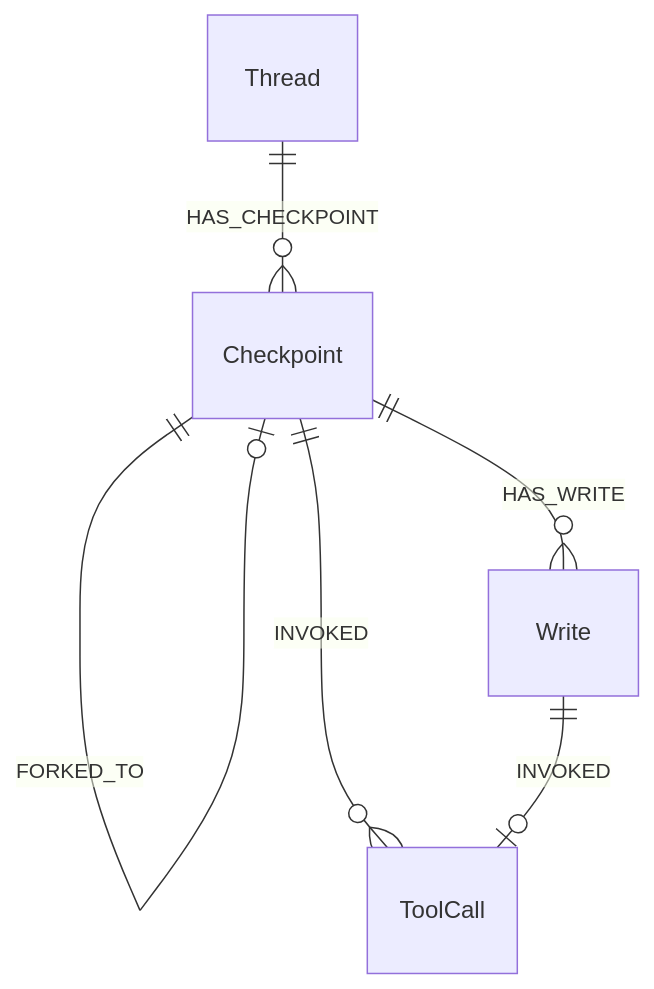
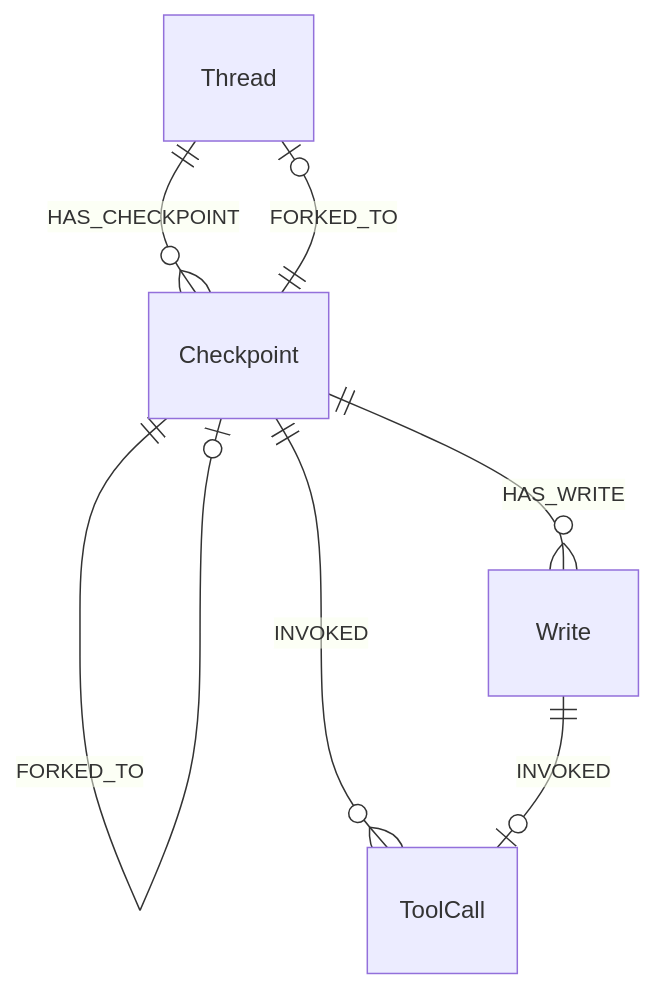
The second of 2 diagrams in docs/ARCHITECTURE.md (jegadeesh17/RelateGraphSaver), drawn with Mermaid before and after one commit. The commit also changed other lines of this file and 43 other files, not shown here.

````diff
--- a/docs/ARCHITECTURE.md
+++ b/docs/ARCHITECTURE.md
@@ -114,9 +113,10 @@
 ```mermaid
 erDiagram
     Thread ||--o{ Checkpoint : "HAS_CHECKPOINT"
     Checkpoint ||--o| Checkpoint : "NEXT"
     Checkpoint ||--o| Checkpoint : "FORKED_TO"
+    Checkpoint ||--o| Thread : "FORKED_TO"
     Checkpoint ||--o{ Write : "HAS_WRITE"
     Checkpoint ||--o{ ToolCall : "INVOKED"
     Write ||--o| ToolCall : "INVOKED"
 ```
````
